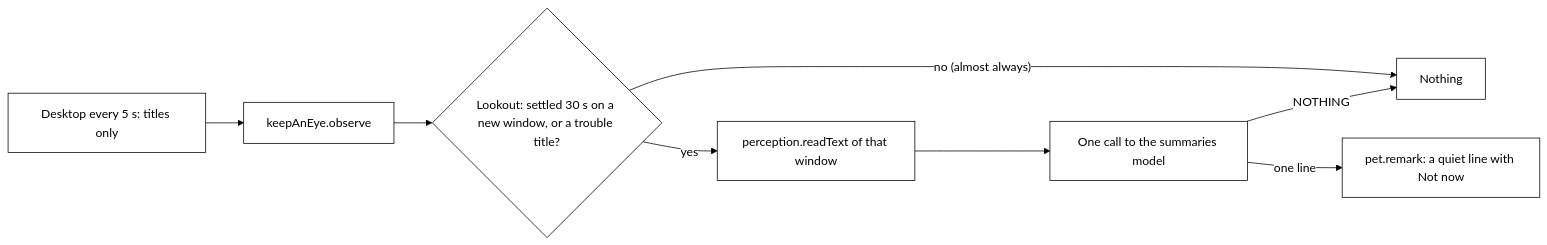
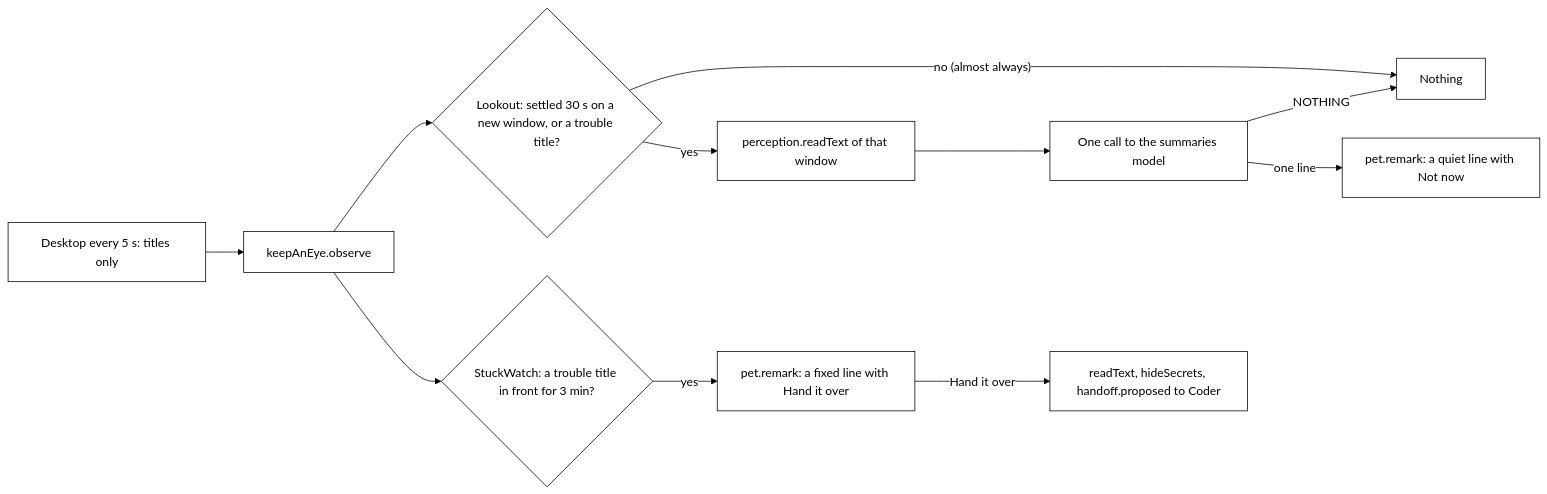
The ninth of 18 diagrams in docs/architecture.md (nadeem4/tagalong), drawn with Mermaid before and after one commit. The commit also changed other lines of this file and 14 other files, not shown here.

First line of the commit message:
feat(protocol,core): Stuck? offers to hand an error that stayed up to Coder

````diff
--- a/docs/architecture.md
+++ b/docs/architecture.md
@@ -1419,11 +1419,14 @@
 ```mermaid
 %%{init: {"theme": "base", "themeVariables": {"primaryColor": "#ffffff", "primaryTextColor": "#000000", "primaryBorderColor": "#000000", "lineColor": "#000000", "secondaryColor": "#ffffff", "tertiaryColor": "#ffffff", "background": "#ffffff", "clusterBkg": "#ffffff", "clusterBorder": "#000000"}}}%%
 flowchart LR
   T["Desktop every 5 s: titles only"] --> O["keepAnEye.observe"]
   O --> L{"Lookout: settled 30 s on a new window, or a trouble title?"}
   L -- "no (almost always)" --> X["Nothing"]
   L -- "yes" --> R["perception.readText of that window"]
   R --> M["One call to the summaries model"]
   M -- "NOTHING" --> X
   M -- "one line" --> P["pet.remark: a quiet line with Not now"]
+  O --> S{"StuckWatch: a trouble title in front for 3 min?"}
+  S -- "yes" --> Q["pet.remark: a fixed line with Hand it over"]
+  Q -- "Hand it over" --> H["readText, hideSecrets, handoff.proposed to Coder"]
 ```
````
